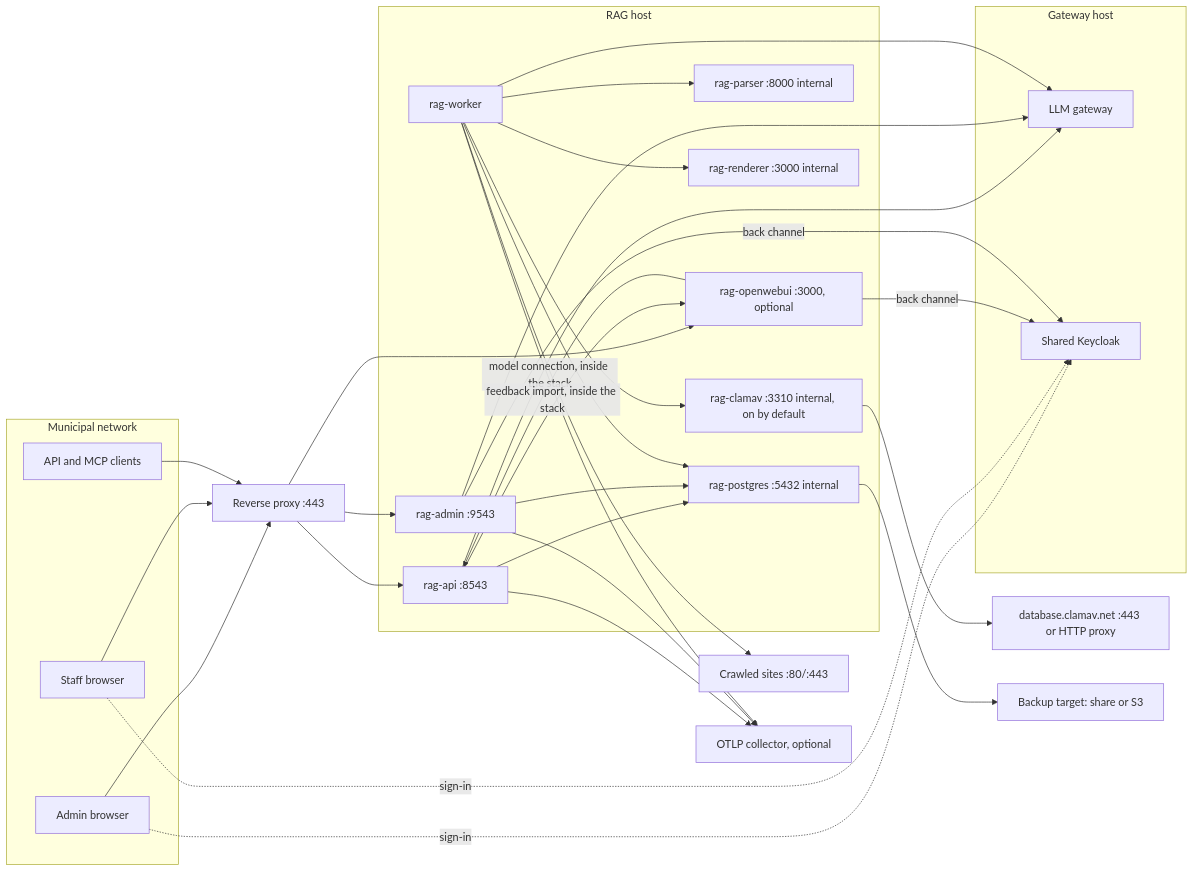
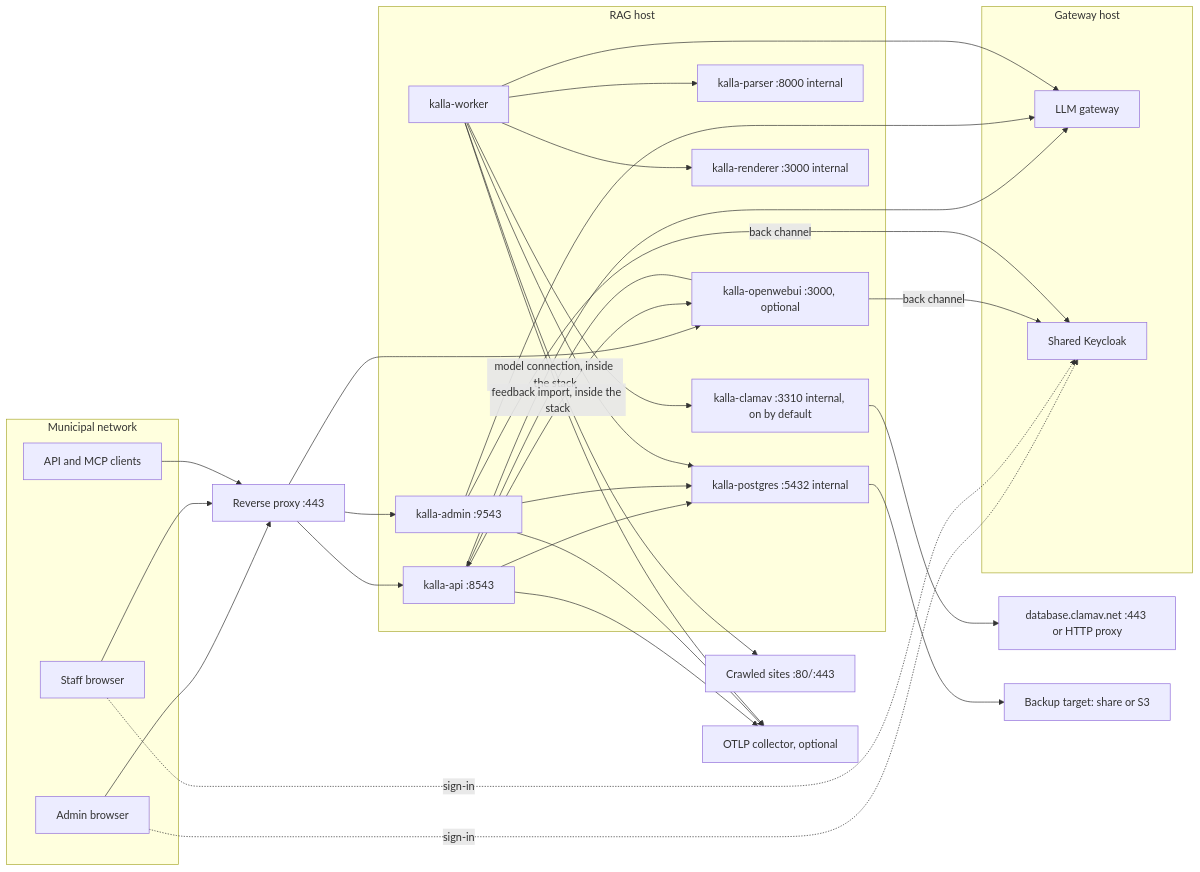
The diagram in docs/network-and-ports.md (thekim1/kalla), drawn with Mermaid before and after one commit. The commit also changed other lines of this file and 516 other files, not shown here.

Commit message:
Rename 4/7 (WIP): deploy names: KALLA_* and FORS_* variables, kalla-* services, volumes and networks, kalla_* roles, ghcr.io/thekim1/kalla images; legacy volume copy, Kalla/ key folder with Ume.Rag/ fallback, upgrade-to-0.9.sh and the role rename

````diff
--- a/docs/network-and-ports.md
+++ b/docs/network-and-ports.md
@@ -34,55 +34,55 @@
 ```mermaid
 flowchart LR
   subgraph clients[Municipal network]
     admin[Admin browser]
     user[Staff browser]
     integ[API and MCP clients]
   end
   proxy[Reverse proxy :443]
   subgraph rag[RAG host]
-    api[rag-api :8543]
-    adm[rag-admin :9543]
-    owui[rag-openwebui :3000, optional]
-    worker[rag-worker]
-    parser[rag-parser :8000 internal]
-    clam[rag-clamav :3310 internal, on by default]
-    render[rag-renderer :3000 internal]
-    pg[rag-postgres :5432 internal]
+    api[kalla-api :8543]
+    adm[kalla-admin :9543]
+    owui[kalla-openwebui :3000, optional]
+    worker[kalla-worker]
+    parser[kalla-parser :8000 internal]
+    clam[kalla-clamav :3310 internal, on by default]
+    render[kalla-renderer :3000 internal]
+    pg[kalla-postgres :5432 internal]
   end
   subgraph gwhost[Gateway host]
     gw[LLM gateway]
     kc[Shared Keycloak]
   end
   sites[Crawled sites :80/:443]
   cvd[database.clamav.net :443 or HTTP proxy]
   bak[Backup target: share or S3]
   otel[OTLP collector, optional]
 
   admin --> proxy
   user --> proxy
   integ --> proxy
   admin -. sign-in .-> kc
   user -. sign-in .-> kc
   proxy --> api
   proxy --> adm
   proxy --> owui
   owui -- model connection, inside the stack --> api
   api -- feedback import, inside the stack --> owui
   owui -- back channel --> kc
   adm -- back channel --> kc
   api --> gw
   adm --> gw
   worker --> gw
   worker --> sites
   worker --> parser
   worker --> clam
   worker --> render
   api --> pg
   adm --> pg
   worker --> pg
   clam --> cvd
   pg --> bak
   api --> otel
   adm --> otel
   worker --> otel
 ```
````
